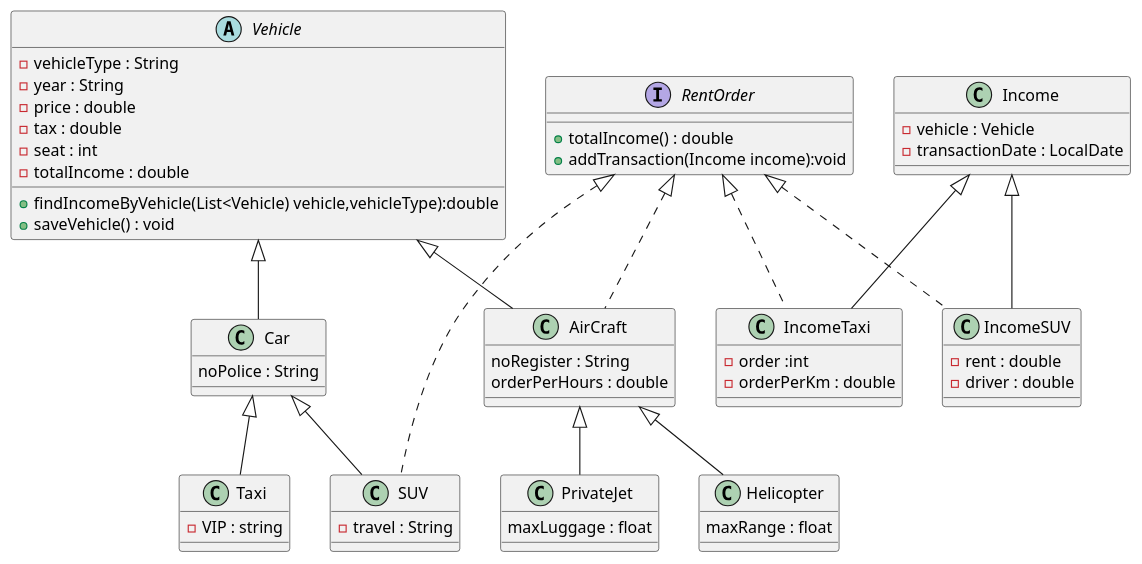
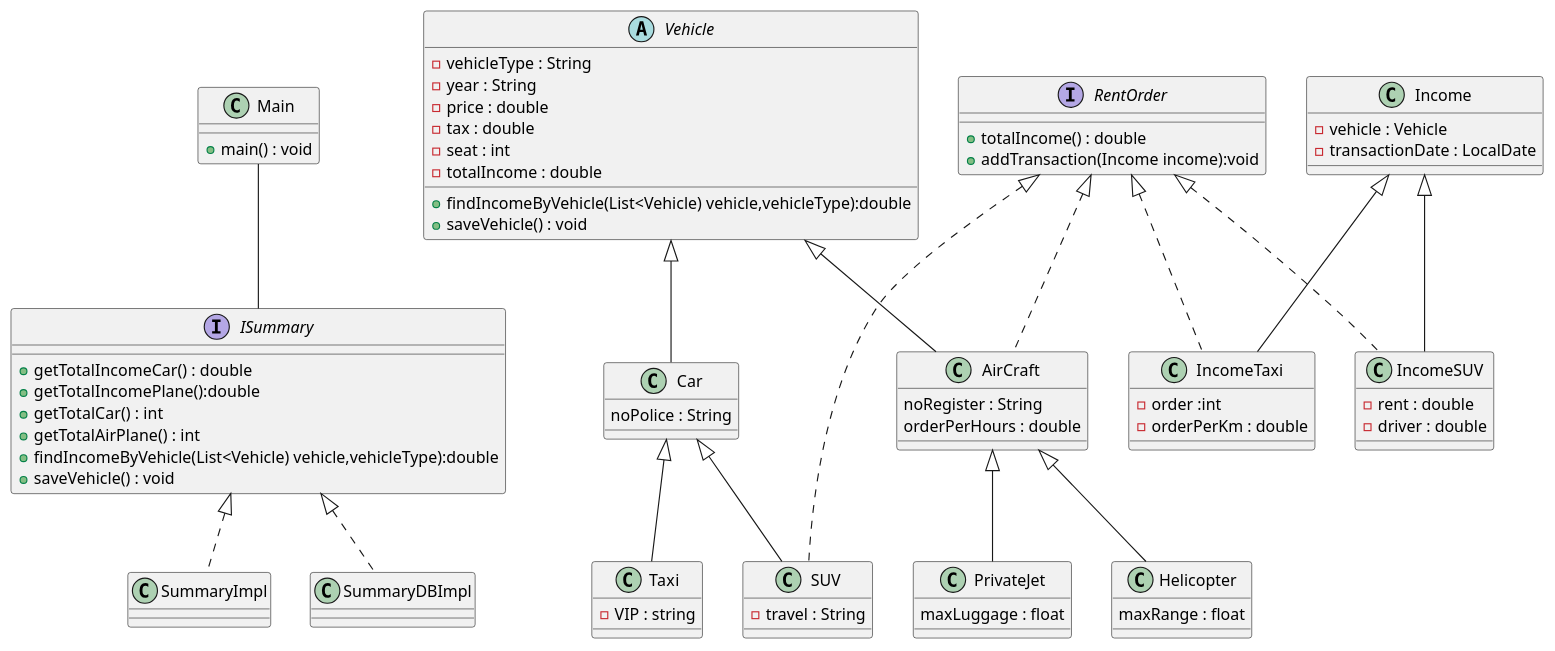
Before and after one commit to kangdiancp/Batch27-Java: the diagram in target/classes/com/bootcamp/rentalvehicle/class diagram/07-rentalcar.puml, drawn with PlantUML. The commit also changed 3 other files, not shown here.

```diff
--- a/target/classes/com/bootcamp/rentalvehicle/class diagram/07-rentalcar.puml
+++ b/target/classes/com/bootcamp/rentalvehicle/class diagram/07-rentalcar.puml
@@ -1,61 +1,85 @@
 @startuml 01-solution7
+
+
+class Main{
+    +main() : void
+}
+
+Main -- ISummary
+
+interface ISummary{
+    +getTotalIncomeCar() : double
+    +getTotalIncomePlane():double
+    +getTotalCar() : int
+    +getTotalAirPlane() : int
+    +findIncomeByVehicle(List<Vehicle) vehicle,vehicleType):double
+    +saveVehicle() : void
+}
+
+class SummaryImpl implements ISummary{
+
+}
+
+class SummaryDBImpl implements ISummary{
+
+}
 
 abstract Vehicle{
     -vehicleType : String
     -year : String
     -price : double
     -tax : double
     -seat : int
     -totalIncome : double
     +findIncomeByVehicle(List<Vehicle) vehicle,vehicleType):double
     +saveVehicle() : void
 }
 
 interface RentOrder {
     +totalIncome() : double
     +addTransaction(Income income):void
 }
 
 class Car extends Vehicle{
     noPolice : String
 }
 
 class SUV extends Car implements RentOrder {
     -travel : String
 
 }
 
 class Taxi extends Car {
     -VIP : string
 }
 
 class AirCraft extends Vehicle implements RentOrder{
     noRegister : String
     orderPerHours : double
 }
 
 class PrivateJet extends AirCraft {
     maxLuggage : float
 }
 
 class Helicopter extends AirCraft {
     maxRange : float
 }
 
 class Income {
     -vehicle : Vehicle
     -transactionDate : LocalDate
 }
 
 class IncomeTaxi extends Income implements RentOrder{
     -order :int
     -orderPerKm : double
 }
 
 class IncomeSUV extends Income implements RentOrder{
     -rent : double
     -driver : double
 }
 
 
 @enduml
```
